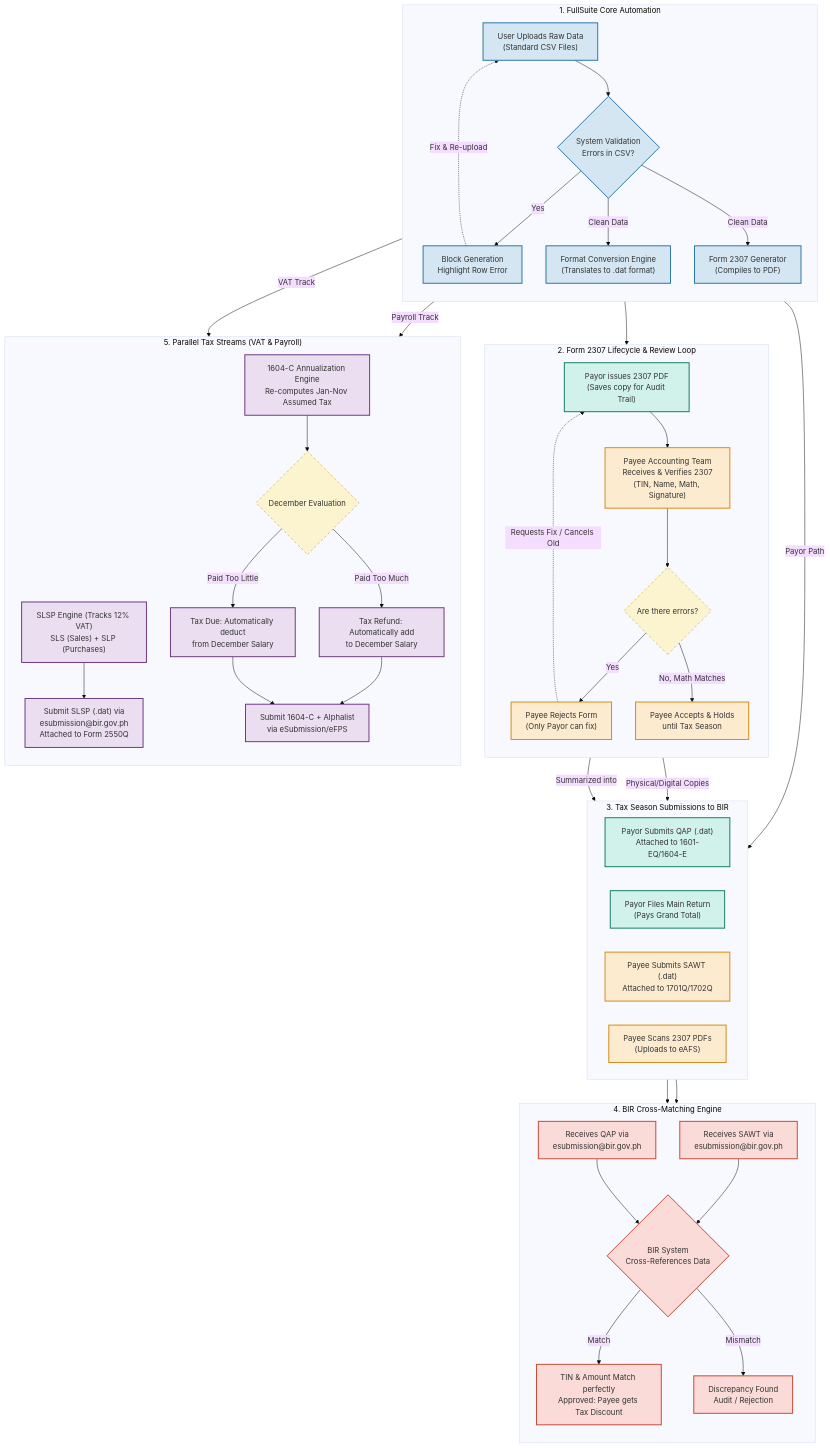
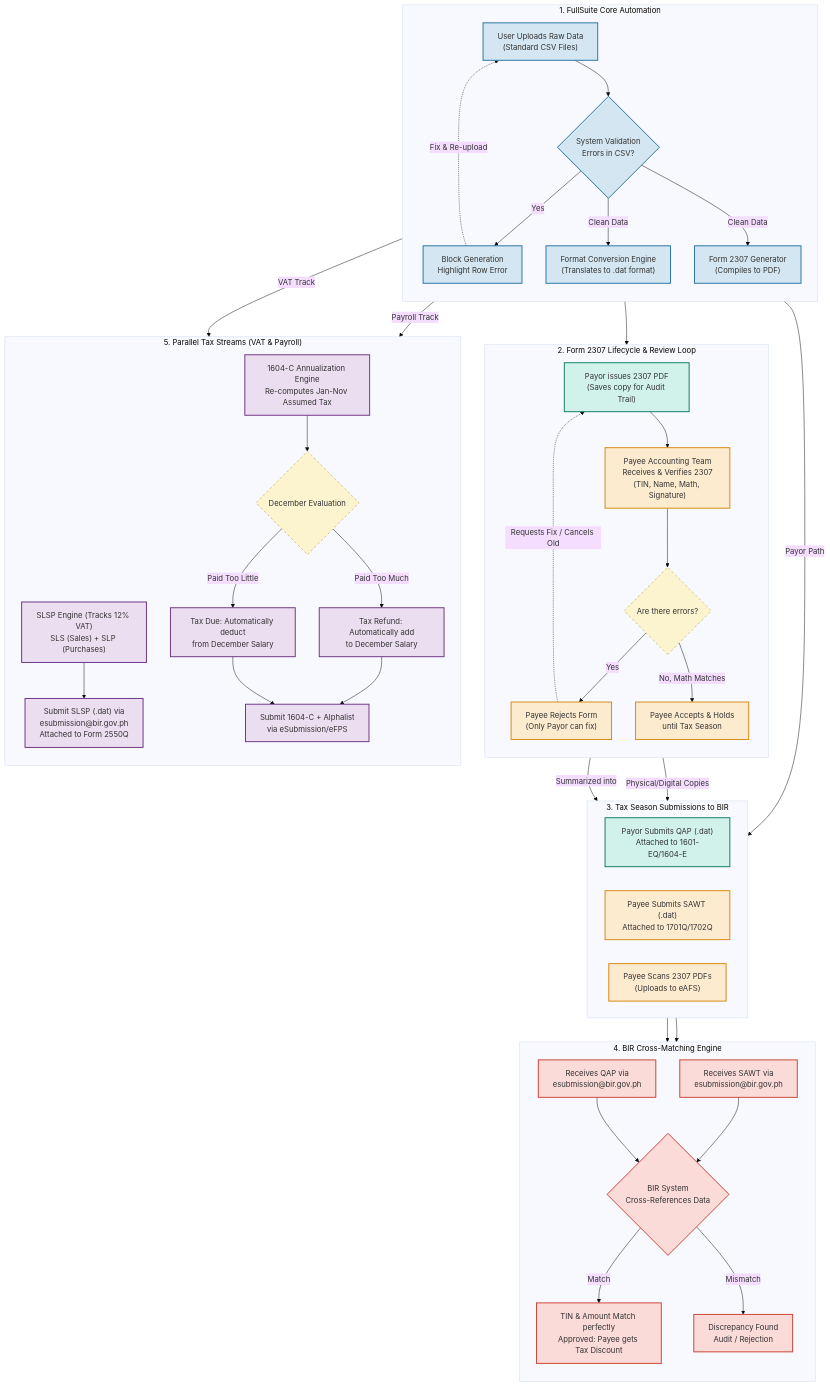
Before and after one commit to nvsu-dann/bir-compliance-module-diagram: the diagram in end-to-end-flow.md, drawn with Mermaid (base theme).

Commit message:
Add missing line break in end-to-end flow diagram and remove redundant payor return submission step

````diff
--- a/end-to-end-flow.md
+++ b/end-to-end-flow.md
@@ -1,4 +1,5 @@
 ```mermaid
+
 flowchart TD
     %% Styling Definitions
     classDef system fill:#d4e6f1,stroke:#2874a6,stroke-width:2px;
@@ -48,7 +49,6 @@
         direction LR
         %% Payor Side
         Sub_Payor_QAP["Payor Submits QAP (.dat)<br>Attached to 1601-EQ/1604-E"]:::payor
-        Sub_Payor_Main["Payor Files Main Return<br>(Pays Grand Total)"]:::payor
         
         %% Payee Side
         Sub_Payee_SAWT["Payee Submits SAWT (.dat)<br>Attached to 1701Q/1702Q"]:::payee
````
